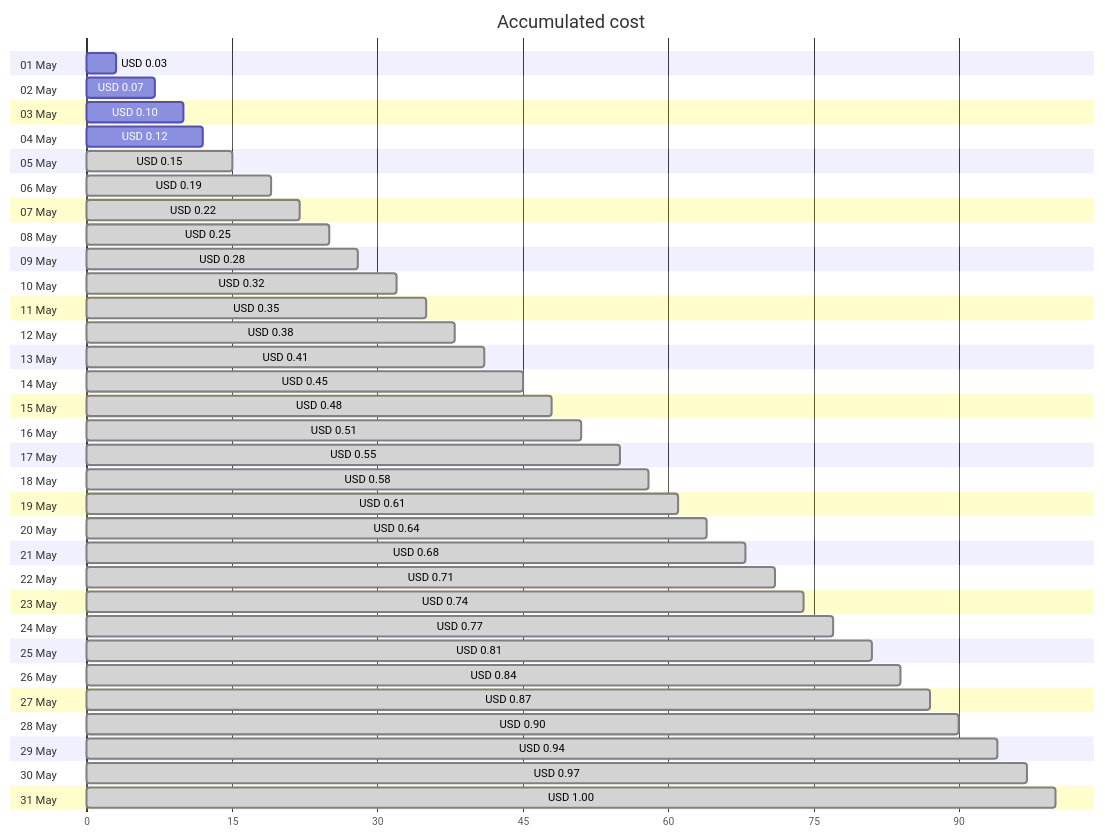
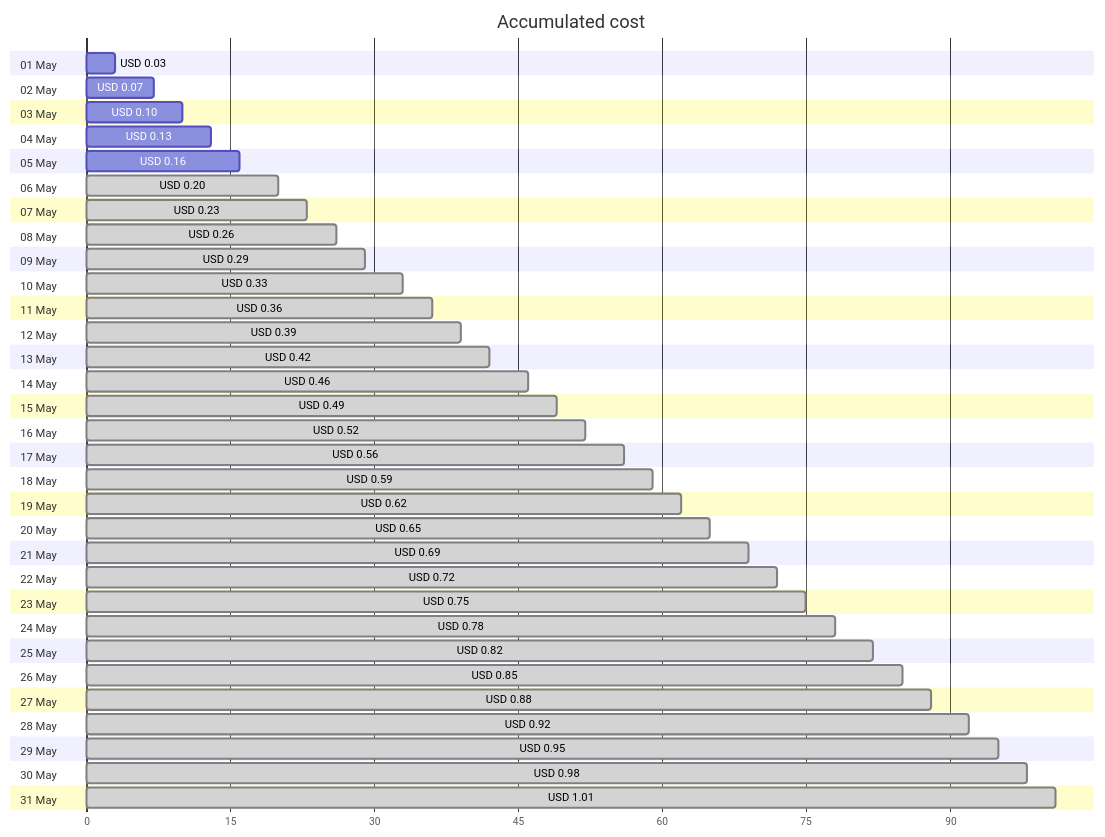
Before and after one commit to jpfulton/azure-personal-reports: the first of 4 diagrams in cost-reports/personal-dns/README.md, drawn with Mermaid. The commit also changed other lines of this file and 2 other files, not shown here.

Commit message:
Generated reports [skip ci]

````diff
--- a/cost-reports/personal-dns/README.md
+++ b/cost-reports/personal-dns/README.md
@@ -20,68 +20,68 @@
 ```mermaid
 gantt
    title Accumulated cost
    dateFormat  X
    axisFormat %s
    section 01 May
    USD 0.03 :0, 3
    section 02 May
    USD 0.07 :0, 7
    section 03 May
    USD 0.10 :0, 10
    section 04 May
-   USD 0.12 :0, 12
+   USD 0.13 :0, 13
    section 05 May
-   USD 0.15 : done, 0, 15
+   USD 0.16 :0, 16
    section 06 May
-   USD 0.19 : done, 0, 19
+   USD 0.20 : done, 0, 20
    section 07 May
-   USD 0.22 : done, 0, 22
+   USD 0.23 : done, 0, 23
    section 08 May
-   USD 0.25 : done, 0, 25
+   USD 0.26 : done, 0, 26
    section 09 May
-   USD 0.28 : done, 0, 28
+   USD 0.29 : done, 0, 29
    section 10 May
-   USD 0.32 : done, 0, 32
+   USD 0.33 : done, 0, 33
    section 11 May
-   USD 0.35 : done, 0, 35
+   USD 0.36 : done, 0, 36
    section 12 May
-   USD 0.38 : done, 0, 38
+   USD 0.39 : done, 0, 39
    section 13 May
-   USD 0.41 : done, 0, 41
+   USD 0.42 : done, 0, 42
    section 14 May
-   USD 0.45 : done, 0, 45
+   USD 0.46 : done, 0, 46
    section 15 May
-   USD 0.48 : done, 0, 48
+   USD 0.49 : done, 0, 49
    section 16 May
-   USD 0.51 : done, 0, 51
+   USD 0.52 : done, 0, 52
    section 17 May
-   USD 0.55 : done, 0, 55
+   USD 0.56 : done, 0, 56
    section 18 May
-   USD 0.58 : done, 0, 58
+   USD 0.59 : done, 0, 59
    section 19 May
-   USD 0.61 : done, 0, 61
+   USD 0.62 : done, 0, 62
    section 20 May
-   USD 0.64 : done, 0, 64
+   USD 0.65 : done, 0, 65
    section 21 May
-   USD 0.68 : done, 0, 68
+   USD 0.69 : done, 0, 69
    section 22 May
-   USD 0.71 : done, 0, 71
+   USD 0.72 : done, 0, 72
    section 23 May
-   USD 0.74 : done, 0, 74
+   USD 0.75 : done, 0, 75
    section 24 May
-   USD 0.77 : done, 0, 77
+   USD 0.78 : done, 0, 78
    section 25 May
-   USD 0.81 : done, 0, 81
+   USD 0.82 : done, 0, 82
    section 26 May
-   USD 0.84 : done, 0, 84
+   USD 0.85 : done, 0, 85
    section 27 May
-   USD 0.87 : done, 0, 87
+   USD 0.88 : done, 0, 88
    section 28 May
-   USD 0.90 : done, 0, 90
+   USD 0.92 : done, 0, 92
    section 29 May
-   USD 0.94 : done, 0, 94
+   USD 0.95 : done, 0, 95
    section 30 May
-   USD 0.97 : done, 0, 97
+   USD 0.98 : done, 0, 98
    section 31 May
-   USD 1.00 : done, 0, 100
+   USD 1.01 : done, 0, 101
 ```
````
